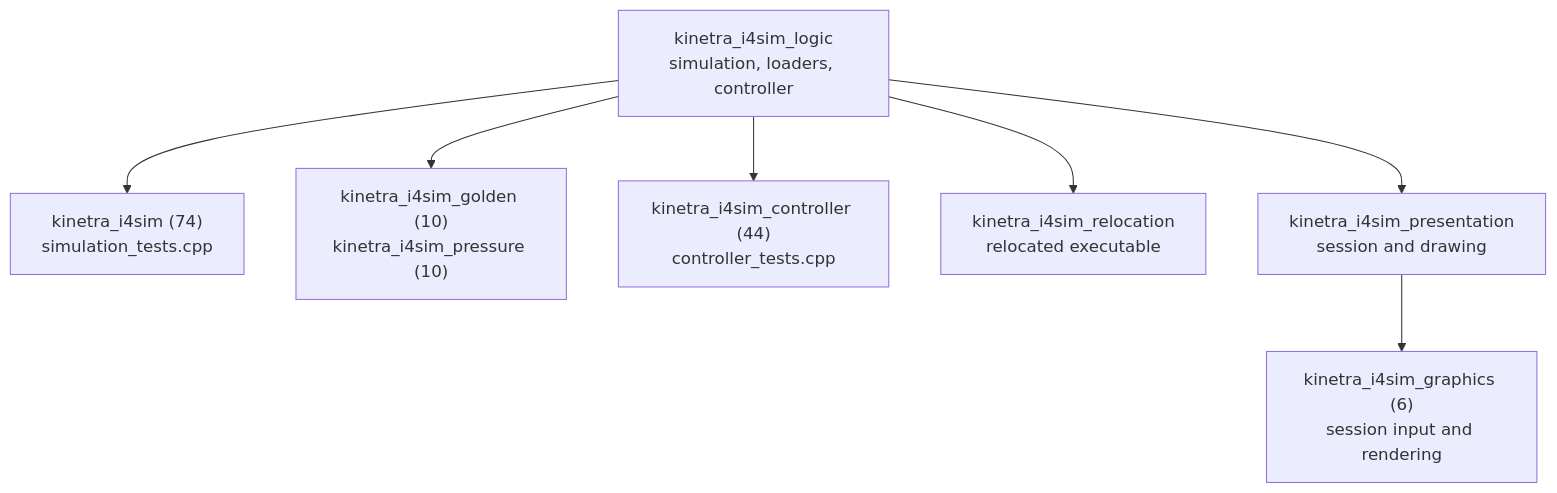
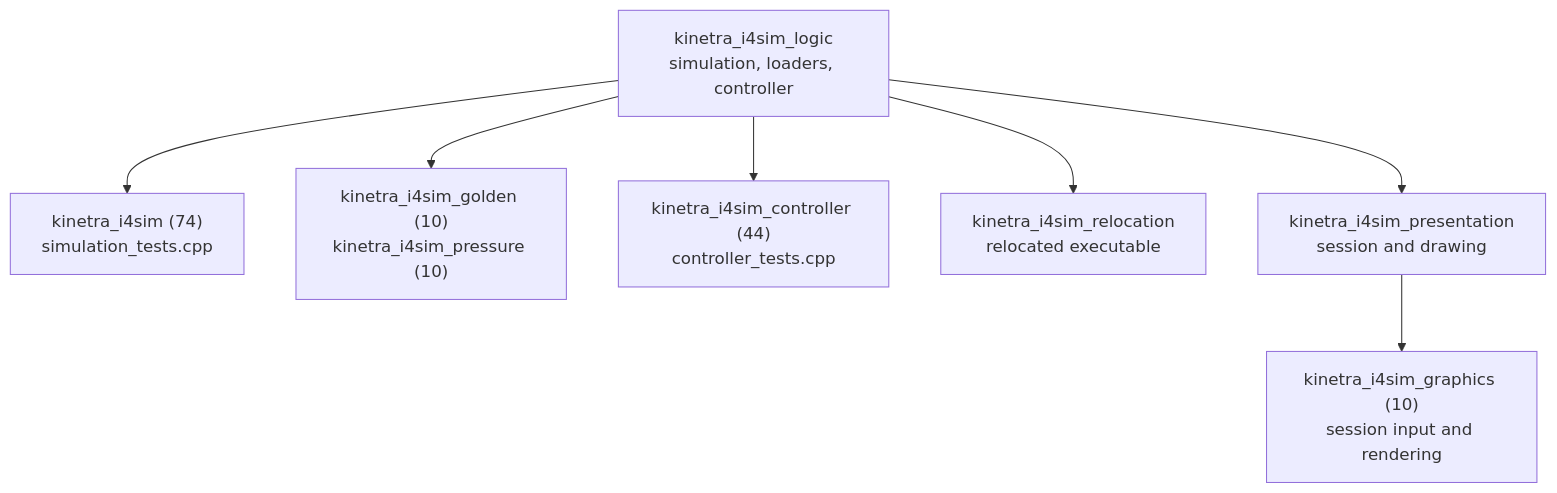
One commit to SMB-M87/Kinetra-Lab changed the diagram in labs/i4sim/tests/README.md. Above: the diagram before and after it, drawn with Mermaid. The commit also changed other lines of this file and 2 other files, not shown here.

````diff
--- a/labs/i4sim/tests/README.md
+++ b/labs/i4sim/tests/README.md
@@ -24,9 +24,9 @@
 ```mermaid
 flowchart TD
     Logic["kinetra_i4sim_logic<br/>simulation, loaders, controller"] --> Sim["kinetra_i4sim (74)<br/>simulation_tests.cpp"]
     Logic --> Golden["kinetra_i4sim_golden (10)<br/>kinetra_i4sim_pressure (10)"]
     Logic --> Controller["kinetra_i4sim_controller (44)<br/>controller_tests.cpp"]
     Logic --> Relocation["kinetra_i4sim_relocation<br/>relocated executable"]
-    Presentation["kinetra_i4sim_presentation<br/>session and drawing"] --> Graphics["kinetra_i4sim_graphics (6)<br/>session input and rendering"]
+    Presentation["kinetra_i4sim_presentation<br/>session and drawing"] --> Graphics["kinetra_i4sim_graphics (10)<br/>session input and rendering"]
     Logic --> Presentation
 ```
````
